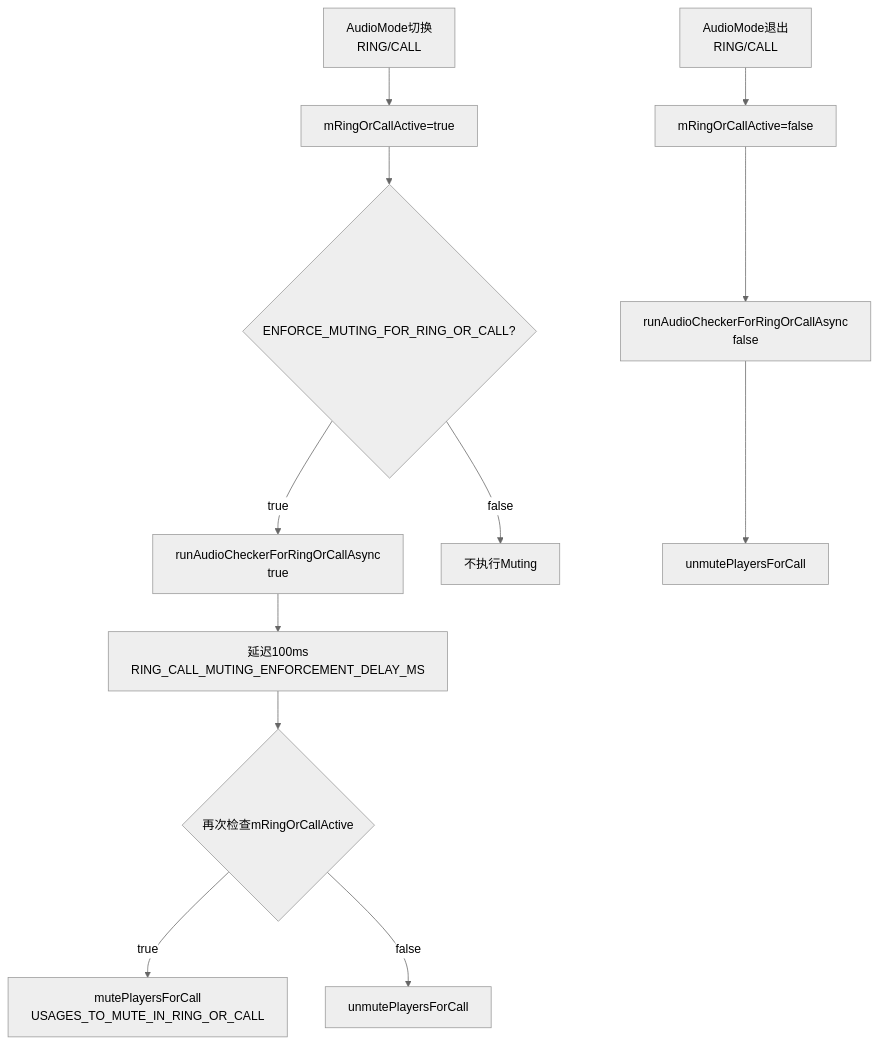
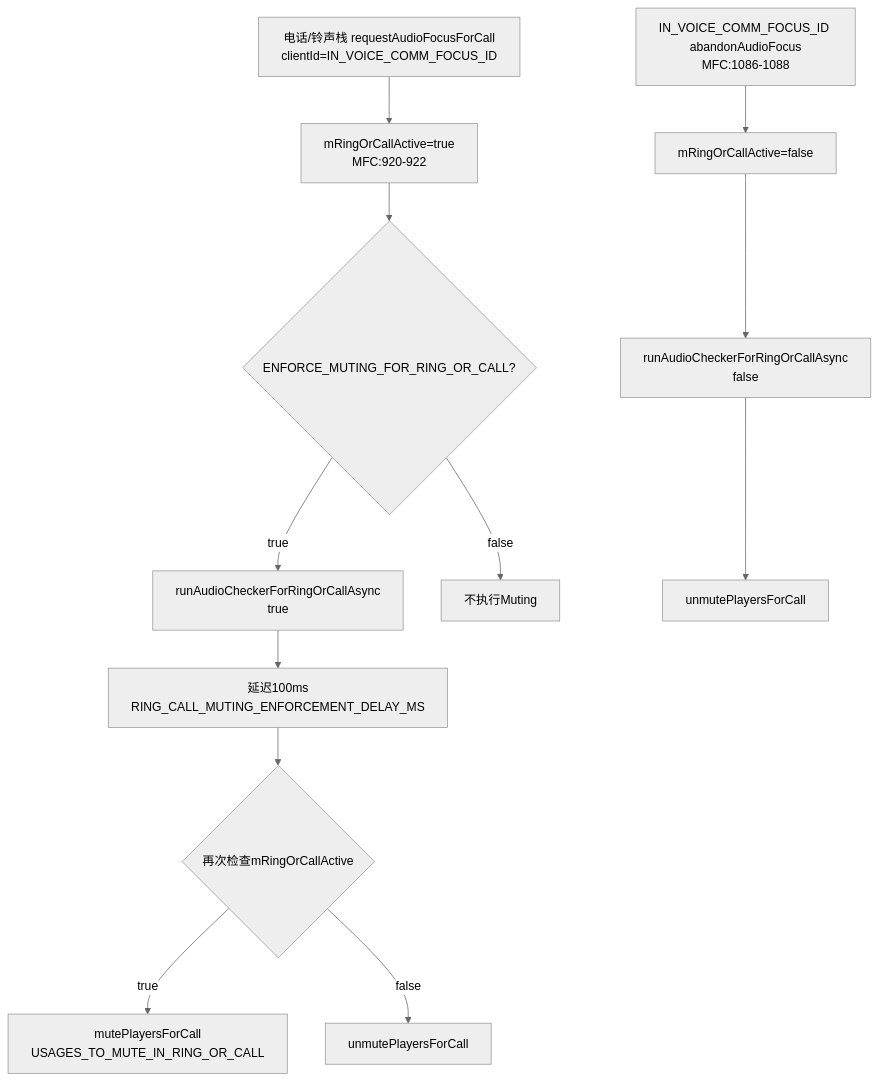
The first of 3 diagrams in 12_Audio_Focus_Deep_Dive/12_12.9_通话Muting机制.md (yanglinzhen1022/SA8295_AAOS_QNX_Audio_KnowledgeBase), drawn with Mermaid (neutral theme) before and after one commit. The commit also changed other lines of this file and 14 other files, not shown here.

````diff
--- a/12_Audio_Focus_Deep_Dive/12_12.9_通话Muting机制.md
+++ b/12_Audio_Focus_Deep_Dive/12_12.9_通话Muting机制.md
@@ -11,15 +11,15 @@
 ```mermaid
 flowchart TB
-    A[AudioMode切换<br>RING/CALL] --> B[mRingOrCallActive=true]
+    A[电话/铃声栈 requestAudioFocusForCall<br>clientId=IN_VOICE_COMM_FOCUS_ID] --> B[mRingOrCallActive=true\nMFC:920-922]
     B --> C{ENFORCE_MUTING_FOR_RING_OR_CALL?}
     C -->|true| D[runAudioCheckerForRingOrCallAsync<br>true]
     C -->|false| E[不执行Muting]
     D --> F[延迟100ms<br>RING_CALL_MUTING_ENFORCEMENT_DELAY_MS]
     F --> G{再次检查mRingOrCallActive}
     G -->|true| H[mutePlayersForCall<br>USAGES_TO_MUTE_IN_RING_OR_CALL]
     G -->|false| I[unmutePlayersForCall]
 
-    J[AudioMode退出<br>RING/CALL] --> K[mRingOrCallActive=false]
+    J[IN_VOICE_COMM_FOCUS_ID abandonAudioFocus<br>MFC:1086-1088] --> K[mRingOrCallActive=false]
     K --> L[runAudioCheckerForRingOrCallAsync<br>false]
     L --> M[unmutePlayersForCall]
 ```
````
